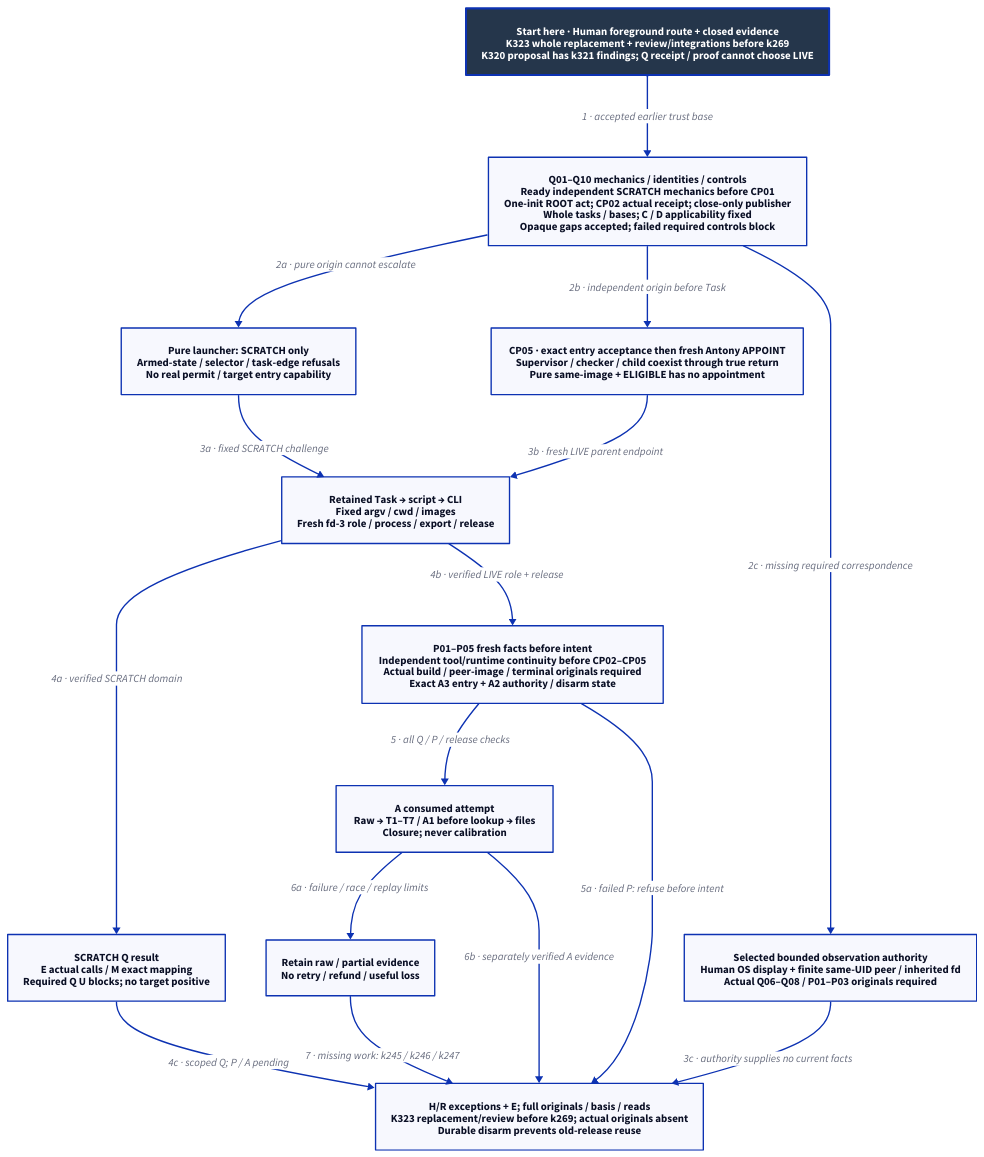
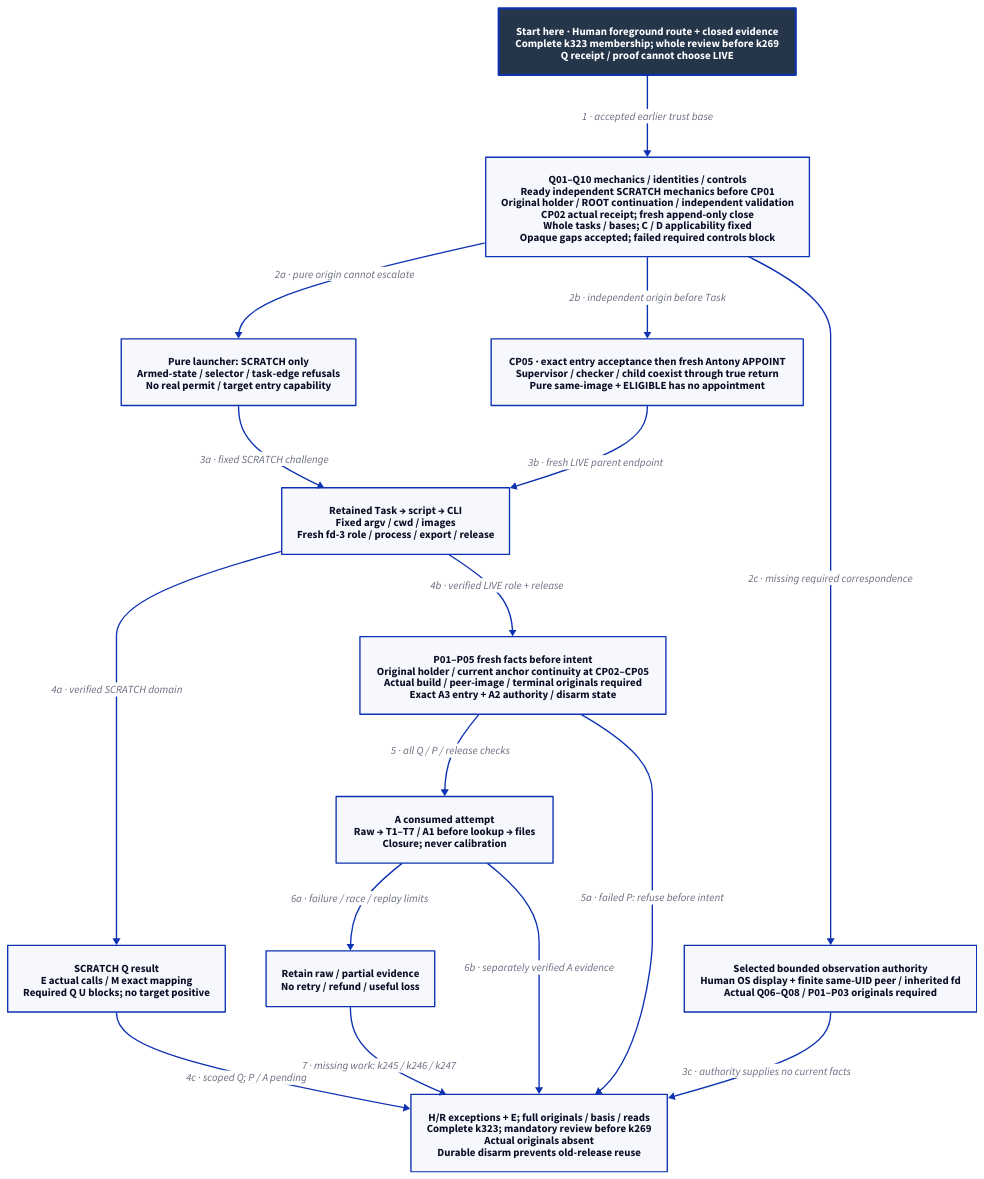
The diagram in docs/design/architecture/native-reference-packaging.d2 (Linkuistics/Koine), drawn with D2 before and after one commit. The commit also changed 51 other files, not shown here.

First line of the commit message:
Complete practical admission correspondence (reference-evidence-practical-admission-correspondence-k327)

```diff
--- a/docs/design/architecture/native-reference-packaging.d2
+++ b/docs/design/architecture/native-reference-packaging.d2
@@ -1,31 +1,31 @@
 # Proposed staged credit; no artifact, release or operation is qualified.
 direction: down
 classes: {
   start: {style: {fill: "#25364B"; font-color: "#FFFFFF"; bold: true; stroke-width: 3}}
 }
-Start: "Start here · Human foreground route + closed evidence\nK323 whole replacement + review/integrations before k269\nK320 proposal has k321 findings; Q receipt / proof cannot choose LIVE" {class: start}
-Ready: "Q01–Q10 mechanics / identities / controls\nReady independent SCRATCH mechanics before CP01\nOne-init ROOT act; CP02 actual receipt; close-only publisher\nWhole tasks / bases; C / D applicability fixed\nOpaque gaps accepted; failed required controls block"
+Start: "Start here · Human foreground route + closed evidence\nComplete k323 membership; whole review before k269\nQ receipt / proof cannot choose LIVE" {class: start}
+Ready: "Q01–Q10 mechanics / identities / controls\nReady independent SCRATCH mechanics before CP01\nOriginal holder / ROOT continuation / independent validation\nCP02 actual receipt; fresh append-only close\nWhole tasks / bases; C / D applicability fixed\nOpaque gaps accepted; failed required controls block"
 Task: "Retained Task → script → CLI\nFixed argv / cwd / images\nFresh fd-3 role / process / export / release"
 Scratch: "Pure launcher: SCRATCH only\nArmed-state / selector / task-edge refusals\nNo real permit / target entry capability"
 Live: "CP05 · exact entry acceptance then fresh Antony APPOINT\nSupervisor / checker / child coexist through true return\nPure same-image + ELIGIBLE has no appointment"
 Proof: "SCRATCH Q result\nE actual calls / M exact mapping\nRequired Q U blocks; no target positive"
-Preflight: "P01–P05 fresh facts before intent\nIndependent tool/runtime continuity before CP02–CP05\nActual build / peer-image / terminal originals required\nExact A3 entry + A2 authority / disarm state"
+Preflight: "P01–P05 fresh facts before intent\nOriginal holder / current anchor continuity at CP02–CP05\nActual build / peer-image / terminal originals required\nExact A3 entry + A2 authority / disarm state"
 Attempt: "A consumed attempt\nRaw → T1–T7 / A1 before lookup → files\nClosure; never calibration"
 Failure: "Retain raw / partial evidence\nNo retry / refund / useful loss"
 Route: "Selected bounded observation authority\nHuman OS display + finite same-UID peer / inherited fd\nActual Q06–Q08 / P01–P03 originals required"
-Final: "H/R exceptions + E; full originals / basis / reads\nK323 replacement/review before k269; actual originals absent\nDurable disarm prevents old-release reuse"
+Final: "H/R exceptions + E; full originals / basis / reads\nComplete k323; mandatory review before k269\nActual originals absent\nDurable disarm prevents old-release reuse"
 Start -> Ready: "1 · accepted earlier trust base"
 Ready -> Scratch: "2a · pure origin cannot escalate"
 Ready -> Live: "2b · independent origin before Task"
 Scratch -> Task: "3a · fixed SCRATCH challenge"
 Live -> Task: "3b · fresh LIVE parent endpoint"
 Task -> Proof: "4a · verified SCRATCH domain"
 Proof -> Final: "4c · scoped Q; P / A pending"
 Task -> Preflight: "4b · verified LIVE role + release"
 Preflight -> Attempt: "5 · all Q / P / release checks"
 Preflight -> Final: "5a · failed P: refuse before intent"
 Ready -> Route: "2c · missing required correspondence"
 Route -> Final: "3c · authority supplies no current facts"
 Attempt -> Failure: "6a · failure / race / replay limits"
 Attempt -> Final: "6b · separately verified A evidence"
 Failure -> Final: "7 · missing work: k245 / k246 / k247"
```
